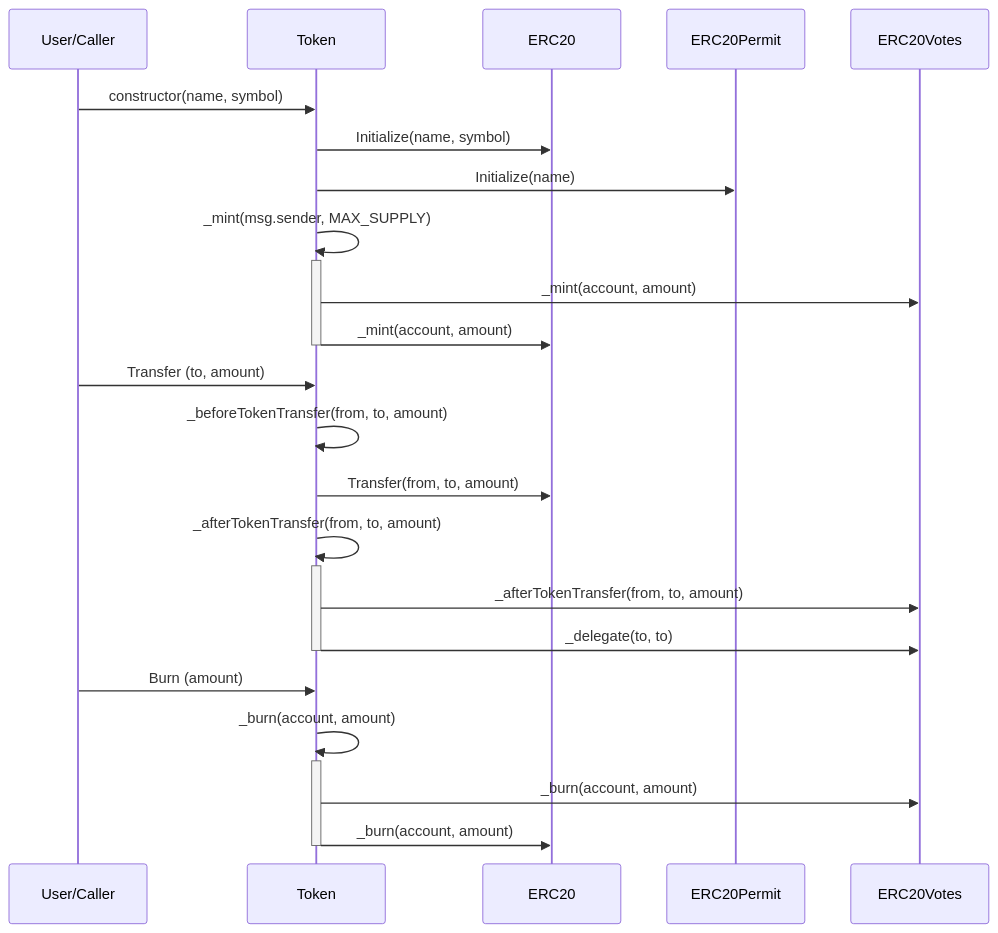
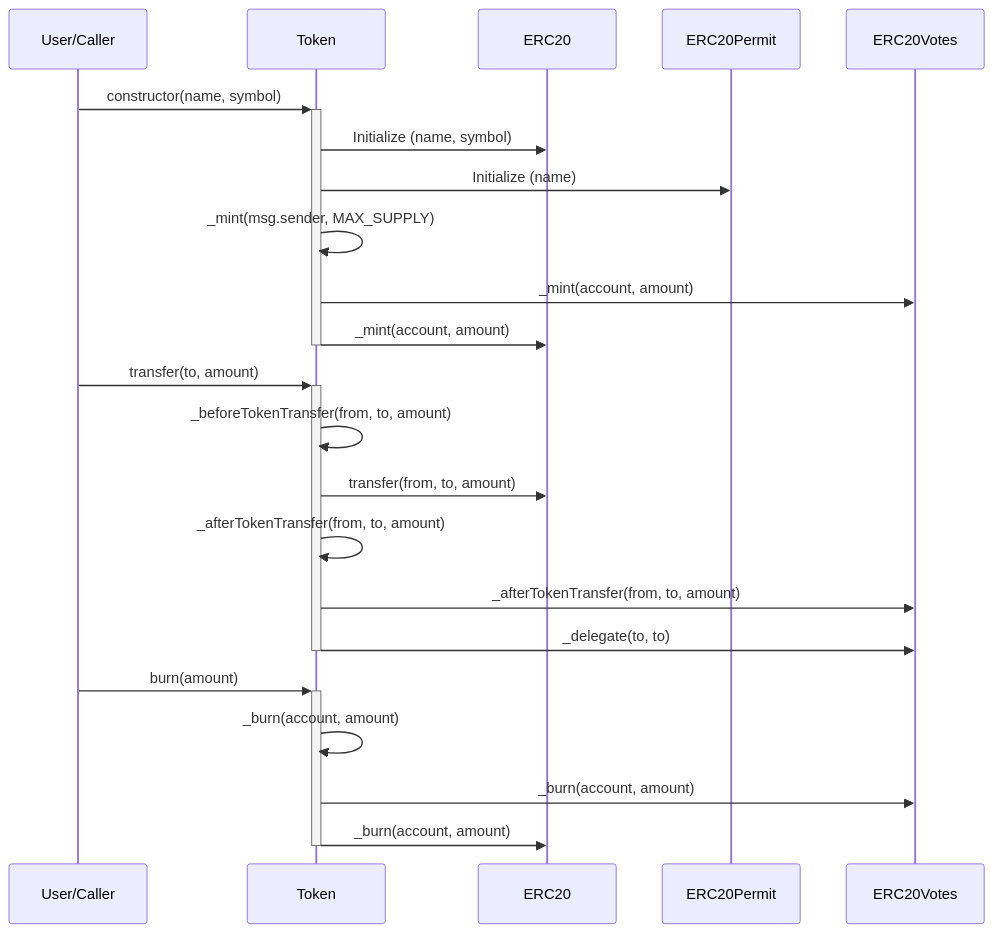
One commit to ZTX-Foundation/tuxedo changed the second of 2 diagrams in doc/contracts/token/Token.md. Above: the diagram before and after it, drawn with Mermaid. The commit also changed 12 other files, not shown here.

Commit message:
feat: updated sequence diagrams

````diff
--- a/doc/contracts/token/Token.md
+++ b/doc/contracts/token/Token.md
@@ -18,33 +18,27 @@
 ```mermaid
 sequenceDiagram
     participant User as User/Caller
     participant Token
     participant ERC20
     participant ERC20Permit
     participant ERC20Votes
 
-    User->>Token: constructor(name, symbol)
-    Token->>ERC20: Initialize(name, symbol)
-    Token->>ERC20Permit: Initialize(name)
+    User->>+Token: constructor(name, symbol)
+    Token->>ERC20: Initialize (name, symbol)
+    Token->>ERC20Permit: Initialize (name)
     Token->>Token: _mint(msg.sender, MAX_SUPPLY)
-    activate Token
     Token->>ERC20Votes: _mint(account, amount)
-    Token->>ERC20: _mint(account, amount)
-    deactivate Token
+    Token->>-ERC20: _mint(account, amount)
 
-    User->>Token: Transfer (to, amount)
+    User->>+Token: transfer(to, amount)
     Token->>Token: _beforeTokenTransfer(from, to, amount)
-    Token->>ERC20: Transfer(from, to, amount)
+    Token->>ERC20: transfer(from, to, amount)
     Token->>Token: _afterTokenTransfer(from, to, amount)
-    activate Token
     Token->>ERC20Votes: _afterTokenTransfer(from, to, amount)
-    Token->>ERC20Votes: _delegate(to, to)
-    deactivate Token
+    Token->>-ERC20Votes: _delegate(to, to)
 
-    User->>Token: Burn (amount)
+    User->>+Token: burn(amount)
     Token->>Token: _burn(account, amount)
-    activate Token
     Token->>ERC20Votes: _burn(account, amount)
-    Token->>ERC20: _burn(account, amount)
-    deactivate Token
+    Token->>-ERC20: _burn(account, amount)
 ```
````
